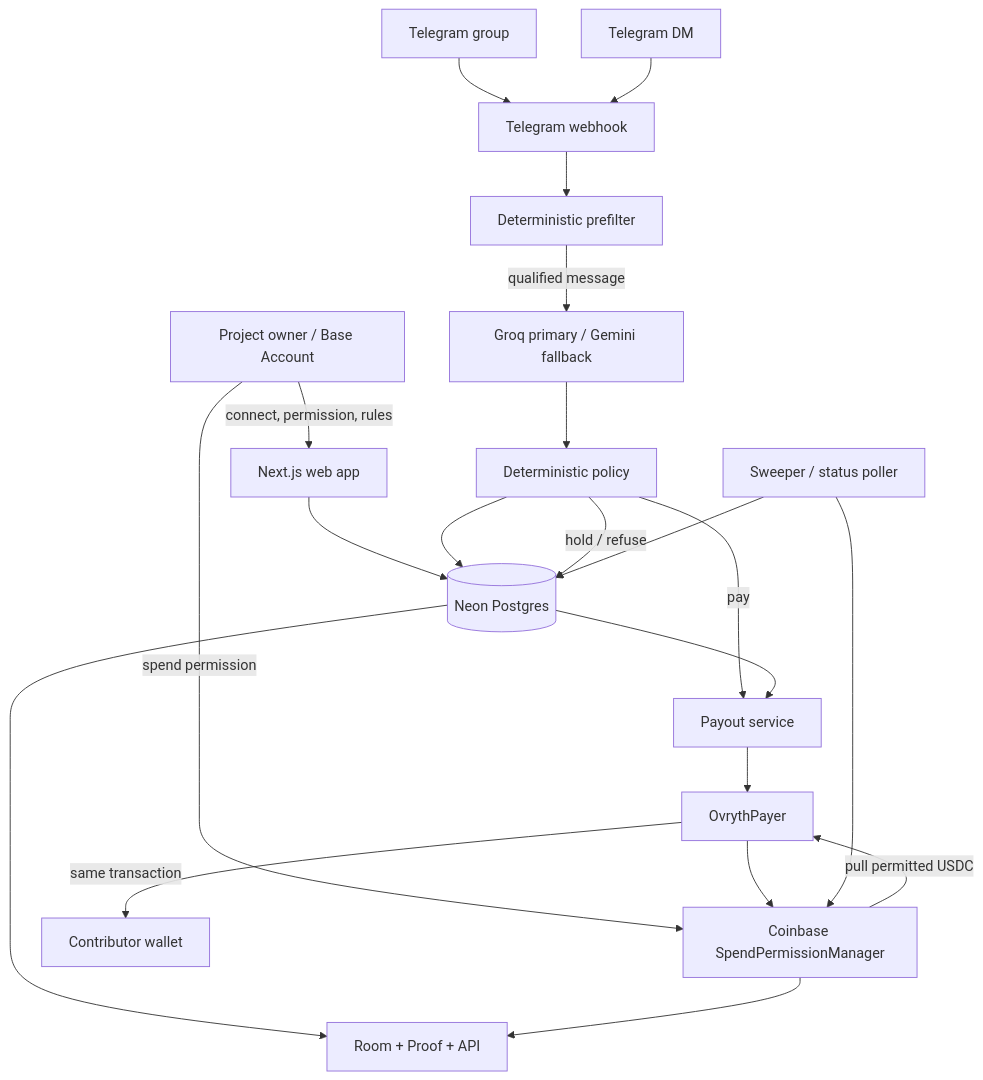
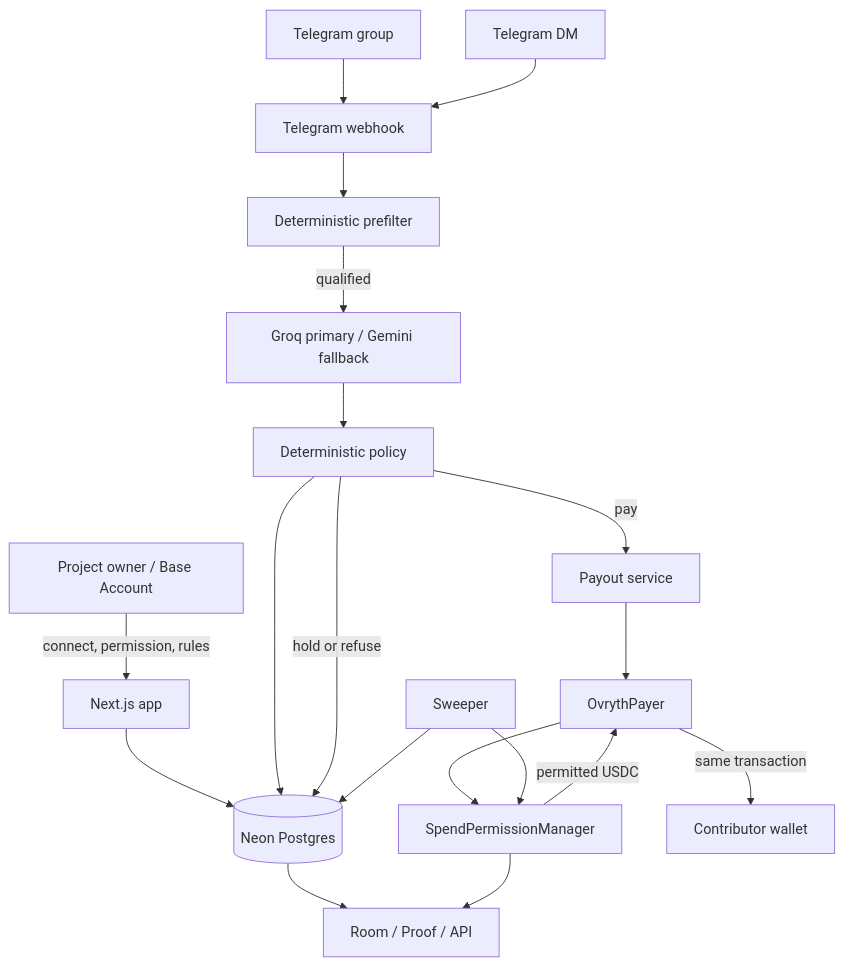
The diagram in README.md (mystiquemide/ovryth), drawn with Mermaid before and after one commit. The commit also changed other lines of this file and 2 other files, not shown here.

````diff
--- a/README.md
+++ b/README.md
@@ -78,39 +80,37 @@
 ```mermaid
 flowchart TD
     Owner[Project owner / Base Account]
     TG[Telegram group]
     DM[Telegram DM]
-    Web[Next.js web app]
+    Web[Next.js app]
     Hook[Telegram webhook]
     Pre[Deterministic prefilter]
     LLM[Groq primary / Gemini fallback]
     Policy[Deterministic policy]
     DB[(Neon Postgres)]
     Payout[Payout service]
     Payer[OvrythPayer]
-    Manager[Coinbase SpendPermissionManager]
+    Manager[SpendPermissionManager]
     Member[Contributor wallet]
-    Sweep[Sweeper / status poller]
-    Proof[Room + Proof + API]
+    Sweep[Sweeper]
+    Proof[Room / Proof / API]
 
     Owner -->|connect, permission, rules| Web
     Web --> DB
-    Owner -->|spend permission| Manager
     TG --> Hook
     DM --> Hook
     Hook --> Pre
-    Pre -->|qualified message| LLM
+    Pre -->|qualified| LLM
     LLM --> Policy
     Policy --> DB
     Policy -->|pay| Payout
-    Policy -->|hold / refuse| DB
-    DB --> Payout
+    Policy -->|hold or refuse| DB
     Payout --> Payer
     Payer --> Manager
-    Manager -->|pull permitted USDC| Payer
+    Manager -->|permitted USDC| Payer
     Payer -->|same transaction| Member
     Sweep --> DB
     Sweep --> Manager
     DB --> Proof
     Manager --> Proof
 ```
````
